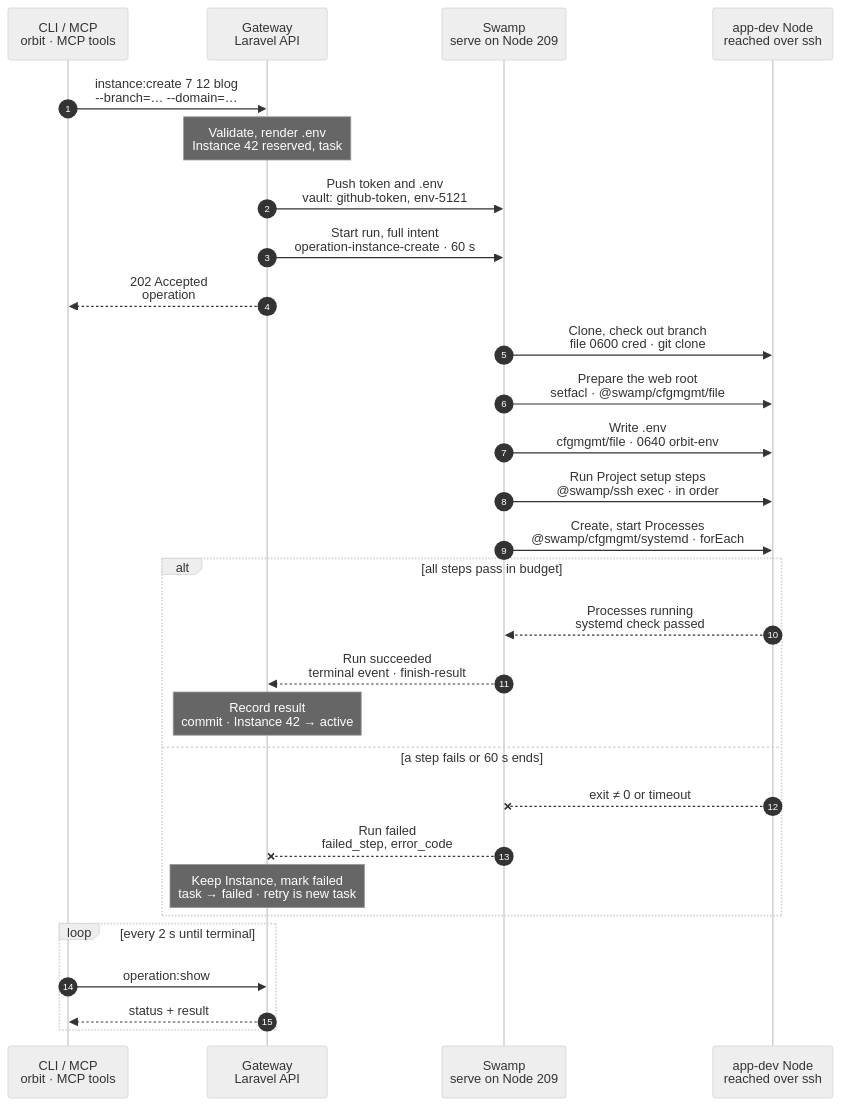
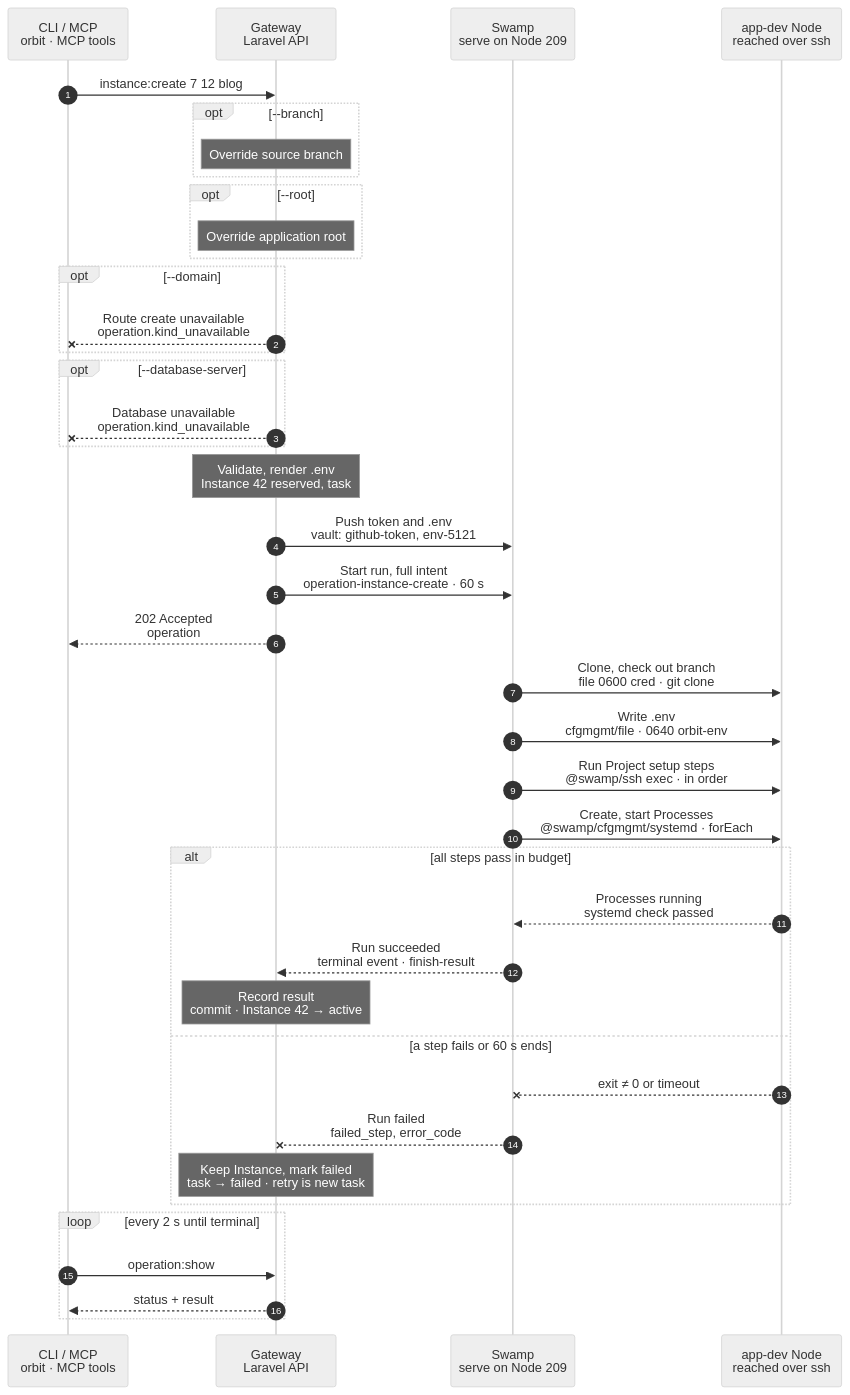
The diagram in docs/cli/instance/create.mmd (hardimpactdev/orbit), drawn with Mermaid (neutral theme) before and after one commit. The commit also changed 11 other files, not shown here.

```diff
--- a/docs/cli/instance/create.mmd
+++ b/docs/cli/instance/create.mmd
@@ -1,166 +1,171 @@
 sequenceDiagram
   %% Target design: ADR 0244 task + full intent as inputs, single Swamp Node, DECISIONS 1 (token minted at admission, vault.get), Gateway renders .env from the Project env template (orbit-gateway-renders-create-env; Nick 2026-11-01), budget rule swamp-operation-time-budgets (<10 s, 60 s).
   %% Tightened: flow-tighten 2026-11-02, rules 1-22 (rule 22: cfgmgmt file/systemd, 0600 credential file for the private fetch).
   %% Decided: Nick 2026-11-02, .env.testing only for an owned MySQL/PostgreSQL database, rendered by the Gateway and written by the same file step.
   %% status: reviewed
   %% command: instance:create
   %% kind: instance.create
   autonumber
   %% lane CLI icon=terminal pill=caller tone=gray
   %% lane GW icon=gateway pill=intent tone=blue
   %% lane SW icon=workflow pill=executes tone=green
   %% lane N icon=server pill=target tone=amber
   participant CLI as CLI / MCP<br/>orbit · MCP tools
   participant GW as Gateway<br/>Laravel API
   participant SW as Swamp<br/>serve on Node 209
   participant N as app-dev Node<br/>reached over ssh
-  CLI->>GW: instance:create 7 12 blog<br/>--branch=… --domain=…
+  CLI->>GW: instance:create 7 12 blog
   %%> Command:
-  %%> - `orbit instance:create 7 12 blog --branch=feature/blog`
+  %%> - `orbit instance:create 7 12 blog`
   %%> - syntax: `<project> <node> <name> [--branch=BRANCH] [--domain=HOST] [--root=PATH] [--database-server=SLUG]`
   %%> Input:
   %%> - Project, app-dev Node and Instance name
   %%> - optional: branch, domain, Database server for the Instance's database
   %%> Who can call it:
   %%> - the `orbit` CLI and the MCP tool send the same request
+  opt --branch
+    Note over GW: Override source branch
+    %%> What it changes:
+    %%> - selects the supplied branch instead of deriving it from the Instance name and Project default
+  end
+  opt --root
+    Note over GW: Override application root
+    %%> What it changes:
+    %%> - validates and records the relative root instead of using the Project root
+  end
+  opt --domain
+    GW--xCLI: Route create unavailable<br/>operation.kind_unavailable
+    %%> Result:
+    %%> - native create refuses an explicit domain before starting a run
+  end
+  opt --database-server
+    GW--xCLI: Database unavailable<br/>operation.kind_unavailable
+    %%> Result:
+    %%> - native create currently refuses database provisioning before starting a run
+    %%> - the owned-database path would render and write `.env.testing` for MySQL or PostgreSQL; it is unavailable here
+    %%> - no `.env.testing` is rendered or written on the main path
+  end
   Note over GW: Validate, render .env<br/>Instance 42 reserved, task #5121
   %%> Requirements:
   %%> - your Node has an access grant to Node 12
   %%> - the Node has the `app-dev` role
+  %%> - native create currently accepts only a non-web Project without Route or database provisioning
   %%> - the Project may be placed on this Node (not excluded)
   %%> - the Instance name and path are free
   %%> Renders .env:
   %%> - from the Project's stored env template, with its placeholders
   %%> - filled with Instance values: `APP_URL`, a new `APP_KEY`, database keys
-  %%> Renders .env.testing:
-  %%> - only when Instance 42 owns a database on a MySQL or PostgreSQL server
-  %%> - the same `.env` with `APP_ENV=testing` and the test database credentials
-  %%> - SQLite: none; `phpunit.xml` (`:memory:`) decides
   %%> Result:
   %%> - Instance 42 recorded as reserved, with its rendered environment
   %%> - task #5121 recorded with the full intent
   %%> - nothing has happened on the Node yet
   GW->>SW: Push token and .env<br/>vault: github-token, env-5121
   %%> Why:
   %%> - the repository is private, so the clone needs a GitHub token
   %%> - only the Gateway holds the GitHub App key
   %%> - `.env` can hold secrets, which travel only through the vault
   %%> What it does:
   %%> - mints a read token for this one repository, valid 1 hour
-  %%> - pushes the token, the rendered `.env` and any `.env.testing` into Swamp's vault
+  %%> - pushes the token and the rendered `.env` into Swamp's vault
   %%> Result:
   %%> - the run reads both from the vault; no step calls the Gateway back (decision 1)
   GW->>SW: Start run, full intent<br/>operation-instance-create · 60 s
   %%> What it does:
   %%> - starts one run of `operation-instance-create` on Swamp serve (Node 209)
   %%> Inputs:
   %%> - everything the run needs: Node address, paths, branch, setup steps
   %%> - secrets only as vault key names
   %%> Budget:
   %%> - 60 s for the whole run, target under 10 s
   GW-->>CLI: 202 Accepted<br/>operation #5121
   %%> What you get:
   %%> - the task number, at once
   %%> Next:
   %%> - the work continues in Swamp; the CLI follows it with `operation:show`
   SW->>N: Clone, check out branch<br/>file 0600 cred · git clone
   %%> How:
   %%> - Swamp reaches the Node over `@swamp/ssh` from 209
   %%> - `@swamp/cfgmgmt/file` writes the vault token as a 0600 credential file; git reads it, so the token never enters argv
   %%> What it does:
   %%> - clones the repository into the Instance path and checks out the branch
   %%> - removes the credential file at the end of the step
   %%> Returns:
   %%> - the checked-out commit, as this step's output
   %%> Retry:
   %%> - a guard skips the clone when the checkout already exists
   %%> Runs as:
   %%> - the Node's own user, not root
-  SW->>N: Prepare the web root<br/>setfacl · @swamp/cfgmgmt/file
-  %%> What it does:
-  %%> - grants Caddy read access to the web root, and passage through the directories above it
-  %%> - denies Caddy the rest of the checkout and its Git directory
-  %%> - converges the shared PHP-FPM pool for Instance 42
-  %%> How:
-  %%> - one `setfacl` per directory as `@swamp/ssh exec` argv (no official ACL behavior)
-  %%> - the pool file with `@swamp/cfgmgmt/file`, then a PHP-FPM reload with `@swamp/cfgmgmt/systemd`
-  %%> - runs beside the next step; both need only the checkout
-  %%> Why here:
-  %%> - a one-time Instance setup; every Route of Instance 42 then serves without touching the checkout
-  %%> Runs as:
-  %%> - the Node's managed user; root only above every checkout
   SW->>N: Write .env<br/>cfgmgmt/file · 0640 orbit-env
   %%> What it does:
   %%> - creates the `orbit-env` group when the Node lacks it, with `@swamp/cfgmgmt/group`
   %%> - writes the rendered `.env` from `vault.get env-5121` into the checkout as root, owned by the Node user with group `orbit-env`, mode 0640, so the Node agent can report its key names
-  %%> - with an owned MySQL or PostgreSQL database, also writes `.env.testing` in the same `file` step, replacing its content; a Git-tracked `.env.testing` stays untouched
   %%> - selects the Node's Vite+ store for this Project (`VP_HOME`), so `vp` works in the setup steps
   %%> Not included:
-  %%> - renders nothing; the Gateway already rendered `.env` and `.env.testing`
+  %%> - renders nothing; the Gateway already rendered `.env`
   %%> - installs no dependencies; `composer install` and `vp install` are setup steps
   %%> - starts no Process; that happens after the setup steps
   SW->>N: Run Project setup steps<br/>@swamp/ssh exec · in order
   %%> What it does:
   %%> - runs the Project's setup steps in order, as the Node's managed user, from the repository root
   %%> Typical steps:
   %%> - `composer install`
   %%> - `vp install`
   %%> - `php artisan migrate`
   %%> How:
   %%> - one `@swamp/ssh exec` per step; the first failure stops the run with that step's exit code
   %%> Limits:
   %%> - each step has its own timeout
   %%> - the whole run stays inside the 60 s budget
   SW->>N: Create, start Processes<br/>@swamp/cfgmgmt/systemd · forEach
   %%> What it does:
   %%> - creates the Instance's Processes from the Project's Process definitions for `development`
   %%> - starts them, for example the Vite dev server (`vp-dev`) or a queue worker
   %%> How:
   %%> - one `forEach` item per Process, all at once: the unit file and `ensure: running` in `@swamp/cfgmgmt/systemd`
   %%> - the behavior's `check` is the end check: each Process is running
   %%> Why here:
   %%> - after the setup steps, because Processes need the installed dependencies
   %%> Today:
   %%> - Project definitions only accept `production`; `development` must be added
   alt all steps pass in budget
     N-->>SW: Processes running<br/>systemd check passed
     %%> Returns:
     %%> - the systemd check passed for every Process
     %%> - the checked-out commit is already an output of the clone step
     %%> Not returned:
     %%> - nothing about `.env`; the Gateway rendered and stored it before the run
     SW-->>GW: Run succeeded<br/>terminal event · finish-result
-  %%> How the Gateway learns it:
-  %%> - its shared run reader sees the terminal event and reads the run's outputs
-  %%> - Swamp never calls the Gateway; the Gateway reads
+    %%> How the Gateway learns it:
+    %%> - its shared run reader sees the terminal event and reads the run's outputs
+    %%> - Swamp never calls the Gateway; the Gateway reads
     Note over GW: Record result<br/>commit · Instance 42 → active
     %%> Result:
     %%> - the commit is recorded
     %%> - Instance 42 becomes active
     %%> - task #5121 succeeds
   else a step fails or 60 s ends
     N--xSW: exit ≠ 0 or timeout
-  %%> When:
-  %%> - a step exits with an error, or the 60 s budget runs out
-  %%> Effect:
-  %%> - the run stops at that step
+    %%> When:
+    %%> - a step exits with an error, or the 60 s budget runs out
+    %%> Effect:
+    %%> - the run stops at that step
     SW--xGW: Run failed<br/>failed_step, error_code
-  %%> The Gateway reads:
-  %%> - which step failed
-  %%> - its error code
+    %%> The Gateway reads:
+    %%> - which step failed
+    %%> - its error code
     Note over GW: Keep Instance, mark failed<br/>task → failed · retry is new task
-  %%> Result:
-  %%> - Instance 42 stays, marked failed, so you can see what happened
-  %%> - task #5121 fails
-  %%> Retry:
-  %%> - a retry is a new task; the Gateway never re-runs work by itself
+    %%> Result:
+    %%> - Instance 42 stays, marked failed, so you can see what happened
+    %%> - task #5121 fails
+    %%> Retry:
+    %%> - a retry is a new task; the Gateway never re-runs work by itself
   end
   loop every 2 s until terminal
     CLI->>GW: operation:show #5121
-  %%> What it does:
-  %%> - asks for the task's status every 2 seconds until it has ended
+    %%> What it does:
+    %%> - asks for the task's status every 2 seconds until it has ended
     GW-->>CLI: status + result
-  %%> Returns:
-  %%> - the current status
-  %%> - the result, once the task has ended
+    %%> Returns:
+    %%> - the current status
+    %%> - the result, once the task has ended
   end
```
